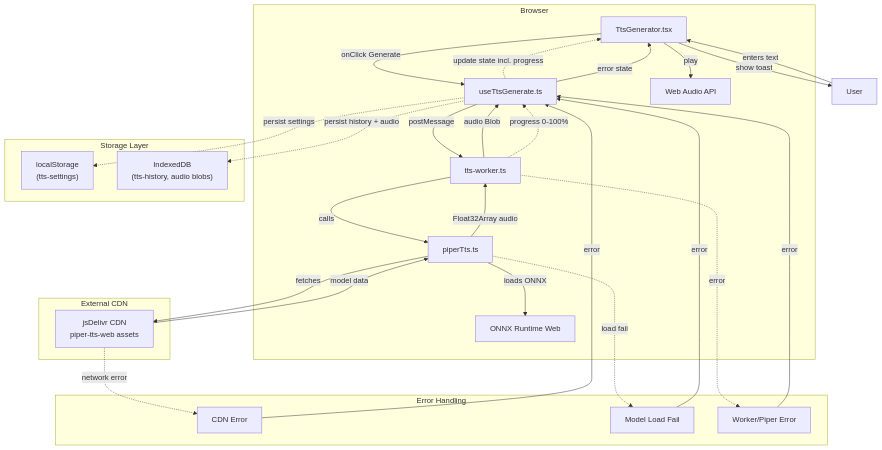
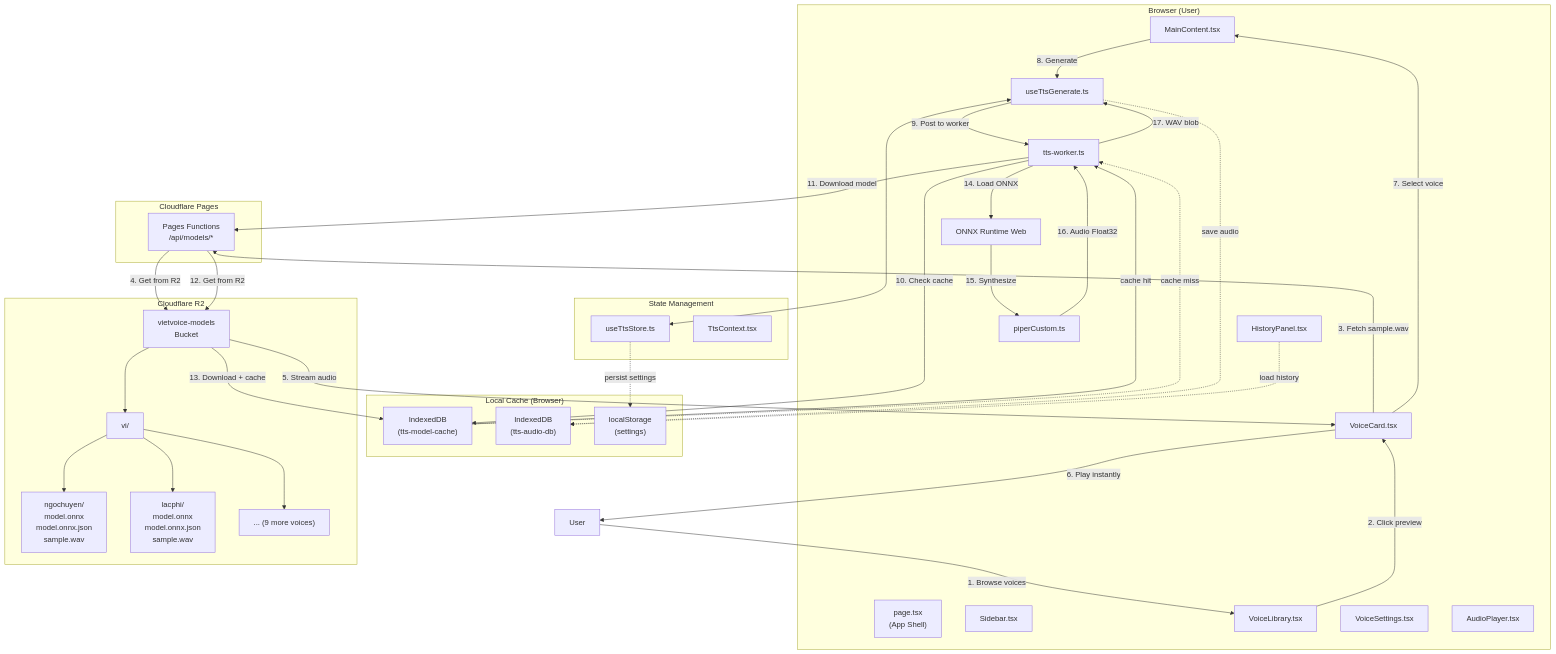
One commit to VanMinh1802/app-gen-voice-ai changed the diagram in guide/.sdlc/specs/REQ-001-piper-tts-engine/SPEC.md. Above: the diagram before and after it, drawn with Mermaid. The commit also changed other lines of this file and 35 other files, not shown here.

First line of the commit message:
feat: update TTS models and enhance configuration

````diff
--- a/guide/.sdlc/specs/REQ-001-piper-tts-engine/SPEC.md
+++ b/guide/.sdlc/specs/REQ-001-piper-tts-engine/SPEC.md
@@ -47,70 +62,83 @@
 ```mermaid
 flowchart TB
-    subgraph Client["Browser"]
-        UI["TtsGenerator.tsx"]
+    subgraph Client["Browser (User)"]
+        UI["page.tsx\n(App Shell)"]
+        Sidebar["Sidebar.tsx"]
+        MainContent["MainContent.tsx"]
+        VoiceLibrary["VoiceLibrary.tsx"]
+        VoiceCard["VoiceCard.tsx"]
+        HistoryPanel["HistoryPanel.tsx"]
+        VoiceSettings["VoiceSettings.tsx"]
+        AudioPlayer["AudioPlayer.tsx"]
         Hook["useTtsGenerate.ts"]
         Worker["tts-worker.ts"]
-        PiperLib["piperTts.ts"]
+        PiperLib["piperCustom.ts"]
         ONNX["ONNX Runtime Web"]
-        WebAudio["Web Audio API"]
     end
 
-    subgraph Storage["Storage Layer"]
-        LS_Settings["localStorage\n(tts-settings)"]
-        IDB_History["IndexedDB\n(tts-history, audio blobs)"]
+    subgraph State["State Management"]
+        Zustand["useTtsStore.ts"]
+        Context["TtsContext.tsx"]
     end
 
-    subgraph CDN["External CDN"]
-        CDNNode["jsDelivr CDN\npiper-tts-web assets"]
+    subgraph LocalCache["Local Cache (Browser)"]
+        IDB_Models["IndexedDB\n(tts-model-cache)"]
+        IDB_Audio["IndexedDB\n(tts-audio-db)"]
+        LS["localStorage\n(settings)"]
     end
 
-    subgraph Error["Error Handling"]
-        ErrCDN["CDN Error"]
-        ErrModel["Model Load Fail"]
-        ErrWorker["Worker/Piper Error"]
+    subgraph CF_Pages["Cloudflare Pages"]
+        API["Pages Functions\n/api/models/*"]
     end
 
-    %% User Input Flow
-    User["User"] -->|enters text| UI
+    subgraph R2["Cloudflare R2"]
+        R2_Bucket["vietvoice-models\nBucket"]
+        R2_Vi["vi/"]
+        R2_Vi_Ngochuyen["ngochuyen/\nmodel.onnx\nmodel.onnx.json\nsample.wav"]
+        R2_Vi_Lacphi["lacphi/\nmodel.onnx\nmodel.onnx.json\nsample.wav"]
+        R2_Other["... (9 more voices)"]
+    end
 
-    %% Main Generation Flow
-    UI -->|onClick Generate| Hook
-    Hook -->|postMessage| Worker
-    Worker -->|calls| PiperLib
-
-    %% CDN & Model Loading
-    PiperLib -->|loads ONNX| ONNX
-    PiperLib -->|fetches| CDNNode
-    CDNNode -->|model data| PiperLib
-
-    %% Error Paths - CDN/Model
-    CDNNode -.->|network error| ErrCDN
-    ErrCDN -->|error| Hook
-    PiperLib -.->|load fail| ErrModel
-    ErrModel -->|error| Hook
-
-    %% Success Path
-    PiperLib -->|Float32Array audio| Worker
-    Worker -->|audio Blob| Hook
-
-    %% Progress Updates
-    Worker -.->|progress 0-100%| Hook
-    Hook -.->|update state incl. progress| UI
-
-    %% Audio Playback
-    UI -->|play| WebAudio
-
-    %% History Storage (IndexedDB for audio blobs)
-    Hook -.->|persist history + audio| IDB_History
-
-    %% Settings Persistence
-    Hook -.->|persist settings| LS_Settings
-
-    %% Error Path - Worker/Piper
-    Worker -.->|error| ErrWorker
-    ErrWorker -->|error| Hook
-
-    %% Error Display
-    Hook -->|error state| UI
-    UI -->|show toast| User
+    %% User Selection Flow
+    User["User"] -->|1. Browse voices| VoiceLibrary
+    VoiceLibrary -->|2. Click preview| VoiceCard
+    
+    %% Pre-rendered Sample Flow
+    VoiceCard -->|3. Fetch sample.wav| API
+    API -->|4. Get from R2| R2_Bucket
+    R2_Bucket -->|5. Stream audio| VoiceCard
+    VoiceCard -->|6. Play instantly| User
+    
+    %% Model Selection Flow
+    VoiceCard -->|7. Select voice| MainContent
+    MainContent -->|8. Generate| Hook
+    Hook -->|9. Post to worker| Worker
+    
+    %% Lazy Model Load Flow
+    Worker -->|10. Check cache| IDB_Models
+    IDB_Models -->|cache hit| Worker
+    IDB_Models -.->|cache miss| Worker
+    Worker -->|11. Download model| API
+    API -->|12. Get from R2| R2_Bucket
+    
+    %% R2 Structure
+    R2_Bucket --> R2_Vi
+    R2_Vi --> R2_Vi_Ngochuyen
+    R2_Vi --> R2_Vi_Lacphi
+    R2_Vi --> R2_Other
+    
+    %% Model Caching
+    R2_Bucket -->|13. Download + cache| IDB_Models
+    
+    %% TTS Generation
+    Worker -->|14. Load ONNX| ONNX
+    ONNX -->|15. Synthesize| PiperLib
+    PiperLib -->|16. Audio Float32| Worker
+    Worker -->|17. WAV blob| Hook
+    
+    %% State & Persistence
+    Hook <--> Zustand
+    Zustand -.->|persist settings| LS
+    Hook -.->|save audio| IDB_Audio
+    HistoryPanel -.->|load history| IDB_Audio
 ```
````
